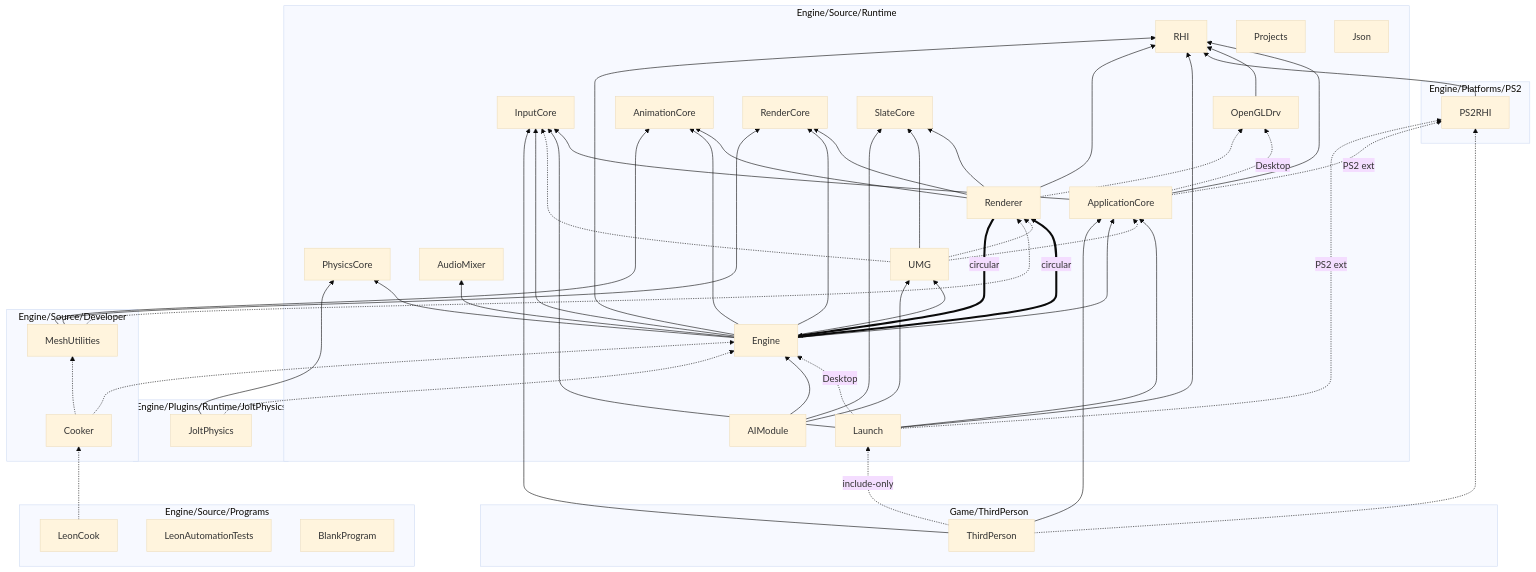
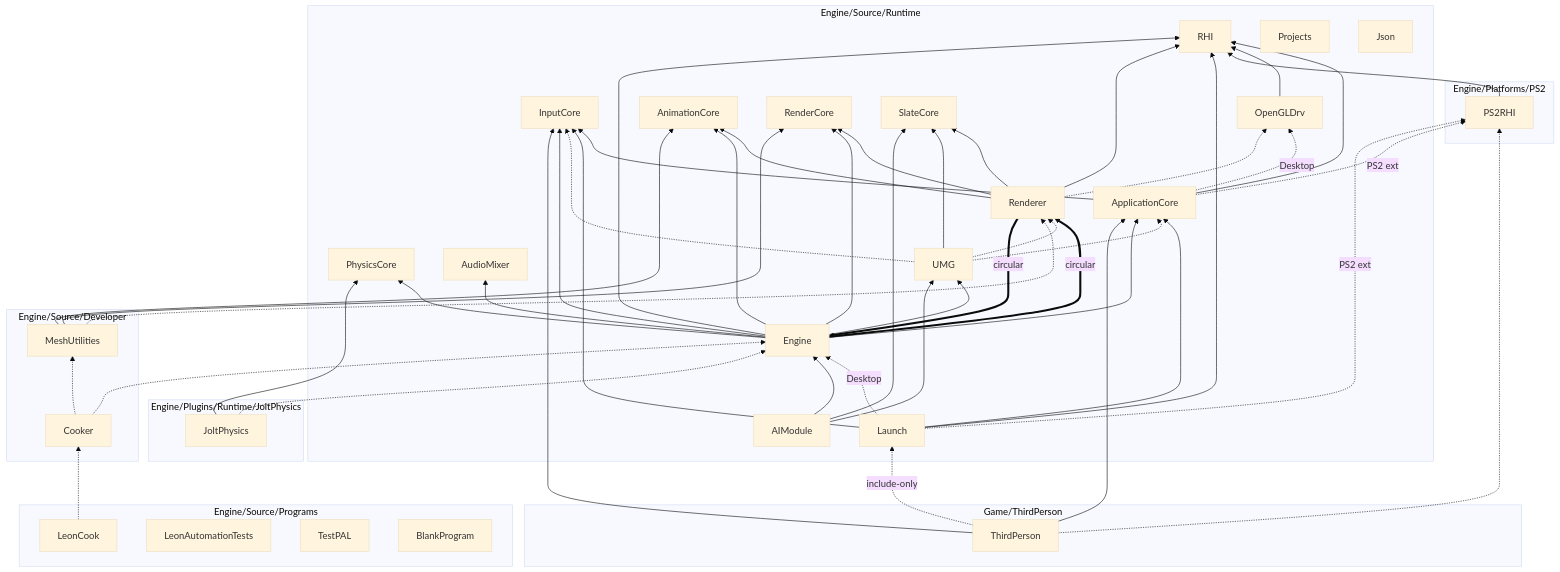
One commit to danielbarretoes/LeonEngine-PS2 changed the diagram in Docs/ARCHITECTURE.md. Above: the diagram before and after it, drawn with Mermaid (base theme). The commit also changed other lines of this file and 8 other files, not shown here.

Commit message:
docs: document the Core foundations, automation tests and TestPAL (P2)

```diff
--- a/Docs/ARCHITECTURE.md
+++ b/Docs/ARCHITECTURE.md
@@ -141,6 +142,7 @@
   subgraph Programs [Engine/Source/Programs]
     LeonCook
     LeonAutomationTests
+    TestPAL
     BlankProgram
   end
   subgraph PS2Ext [Engine/Platforms/PS2]
```
